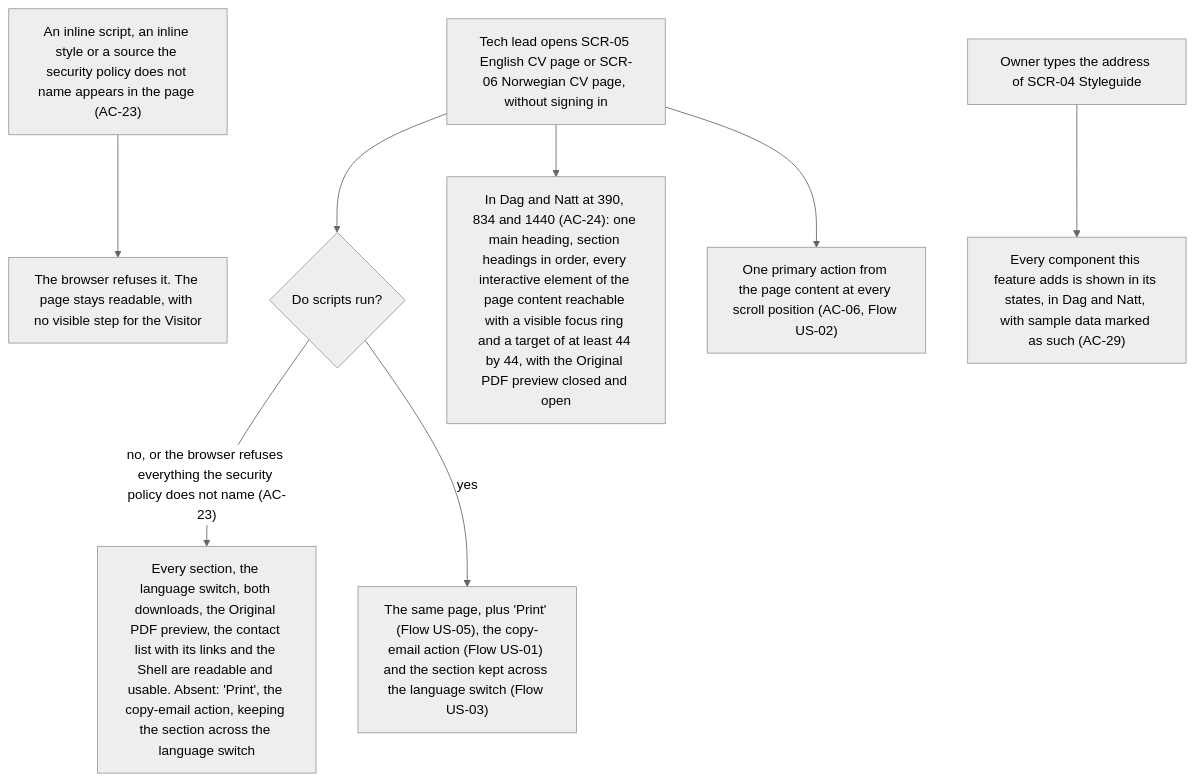
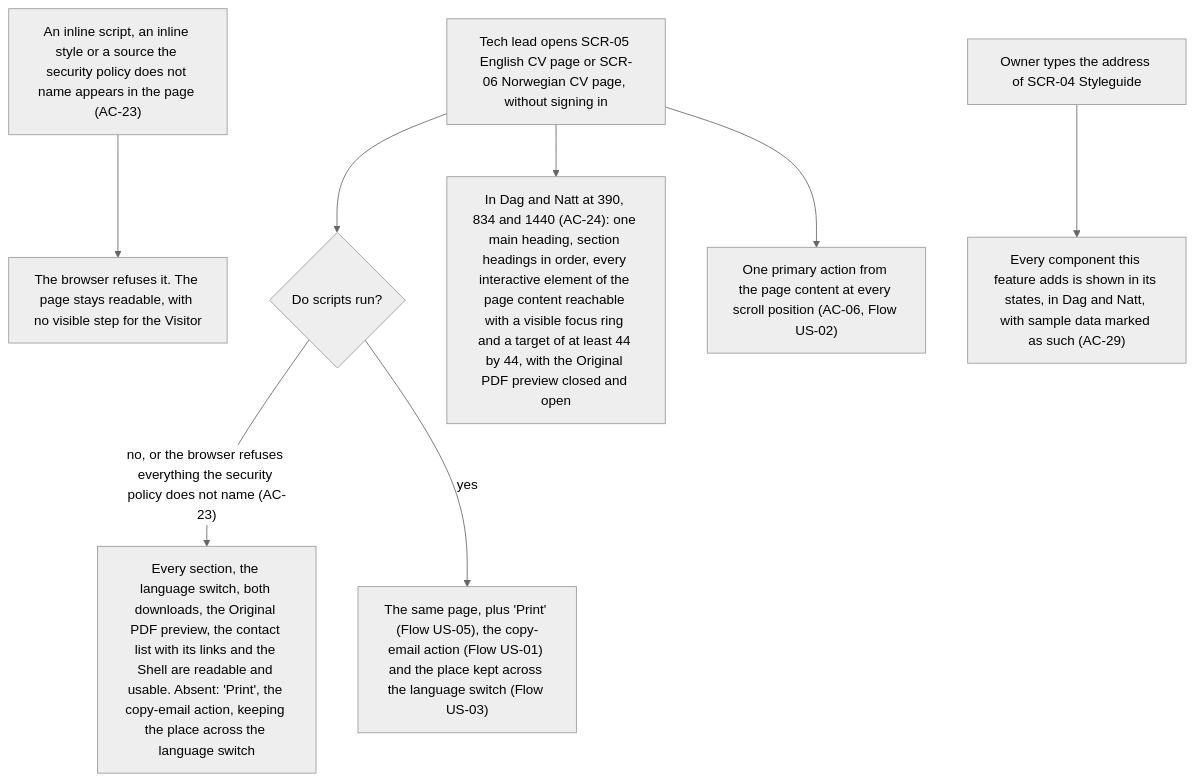
Before and after one commit to Ponomaleks/alpon.dev: the eighth of 11 diagrams in docs/features/cv/ux-flows.md, drawn with Mermaid (neutral theme). The commit also changed other lines of this file and 3 other files, not shown here.

First line of the commit message:
docs(cv): Bring ux-flows and the sad sequences in step with AC-08

````diff
--- a/docs/features/cv/ux-flows.md
+++ b/docs/features/cv/ux-flows.md
@@ -193,10 +198,10 @@
 ```mermaid
 flowchart TD
     A["Tech lead opens SCR-05 English CV page or SCR-06 Norwegian CV page, without signing in"] --> S{"Do scripts run?"}
-    S -->|"no, or the browser refuses everything the security policy does not name (AC-23)"| N["Every section, the language switch, both downloads, the Original PDF preview, the contact list with its links and the Shell are readable and usable. Absent: 'Print', the copy-email action, keeping the section across the language switch"]
-    S -->|"yes"| Y["The same page, plus 'Print' (Flow US-05), the copy-email action (Flow US-01) and the section kept across the language switch (Flow US-03)"]
+    S -->|"no, or the browser refuses everything the security policy does not name (AC-23)"| N["Every section, the language switch, both downloads, the Original PDF preview, the contact list with its links and the Shell are readable and usable. Absent: 'Print', the copy-email action, keeping the place across the language switch"]
+    S -->|"yes"| Y["The same page, plus 'Print' (Flow US-05), the copy-email action (Flow US-01) and the place kept across the language switch (Flow US-03)"]
     X["An inline script, an inline style or a source the security policy does not name appears in the page (AC-23)"] --> X1["The browser refuses it. The page stays readable, with no visible step for the Visitor"]
     A --> Q["In Dag and Natt at 390, 834 and 1440 (AC-24): one main heading, section headings in order, every interactive element of the page content reachable with a visible focus ring and a target of at least 44 by 44, with the Original PDF preview closed and open"]
     A --> P["One primary action from the page content at every scroll position (AC-06, Flow US-02)"]
     O["Owner types the address of SCR-04 Styleguide"] --> O1["Every component this feature adds is shown in its states, in Dag and Natt, with sample data marked as such (AC-29)"]
 ```
````
